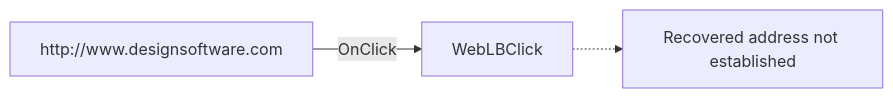
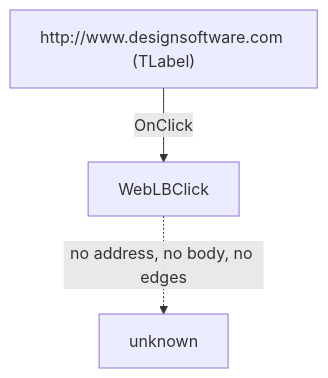
Before and after one commit to MovGP0/TIARA: the diagram in docs/ui-controls/registerdlg/weblb-be901fe166.md, drawn with Mermaid. The commit also changed other lines of this file and 106 other files, not shown here.

````diff
--- a/docs/ui-controls/registerdlg/weblb-be901fe166.md
+++ b/docs/ui-controls/registerdlg/weblb-be901fe166.md
@@ -27,5 +29,5 @@
 ```mermaid
-flowchart LR
-    control["http://www.designsoftware.com"] -->|OnClick| handler["WebLBClick"]
-    handler -.-> unresolved["Recovered address not established"]
+flowchart TD
+    control["http://www.designsoftware.com (TLabel)"] -->|"OnClick"| handler["WebLBClick"]
+    handler -.->|"no address, no body, no edges"| gone["unknown"]
 ```
````
